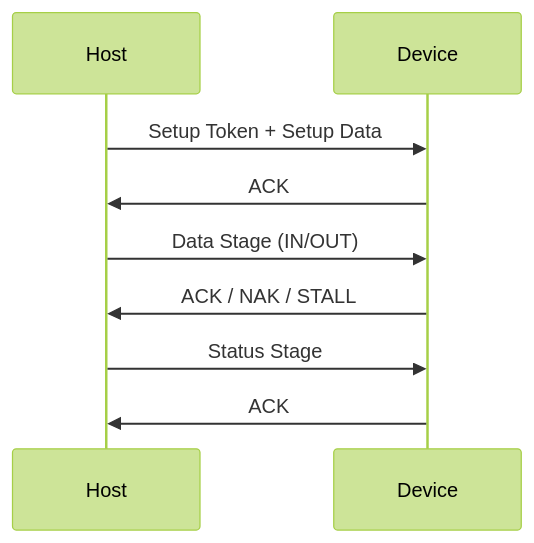
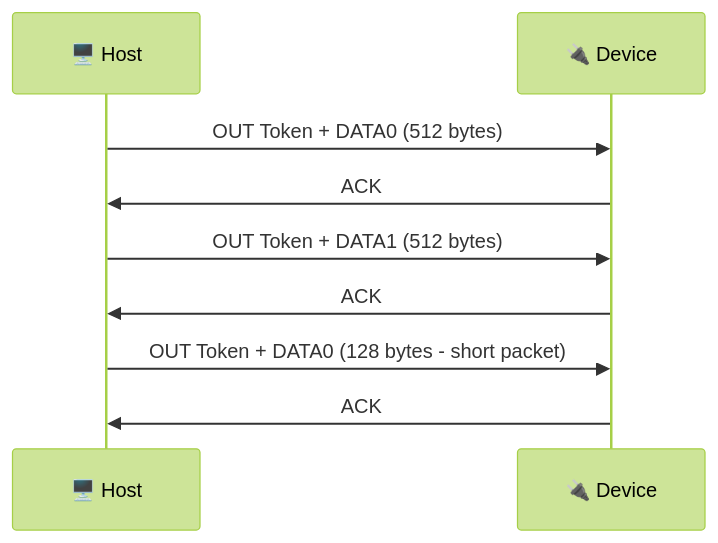
The eighth of 9 diagrams in Embedded/6. USB/6. usb protocol/README.md (Leminuos/tutorials), drawn with Mermaid (forest theme) before and after one commit. The commit also changed other lines of this file and 29 other files, not shown here.

````diff
--- a/Embedded/6. USB/6. usb protocol/README.md
+++ b/Embedded/6. USB/6. usb protocol/README.md
@@ -128,11 +419,12 @@
 ```mermaid
 sequenceDiagram
-participant H as Host
-participant D as Device
-H->>D: Setup Token + Setup Data
-D->>H: ACK
-H->>D: Data Stage (IN/OUT)
-D->>H: ACK / NAK / STALL
-H->>D: Status Stage
-D->>H: ACK
+    participant H as 🖥️ Host
+    participant D as 🔌 Device
+
+    H->>D: OUT Token + DATA0 (512 bytes)
+    D->>H: ACK
+    H->>D: OUT Token + DATA1 (512 bytes)
+    D->>H: ACK
+    H->>D: OUT Token + DATA0 (128 bytes - short packet)
+    D->>H: ACK
 ```
````
